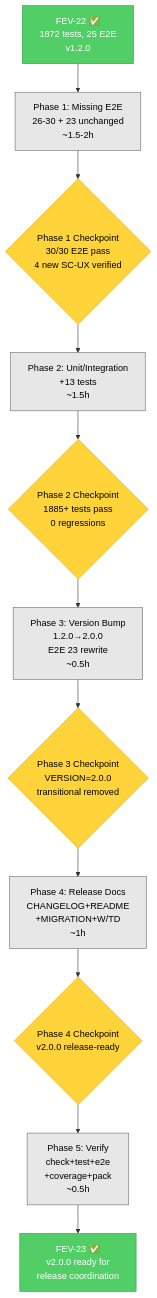
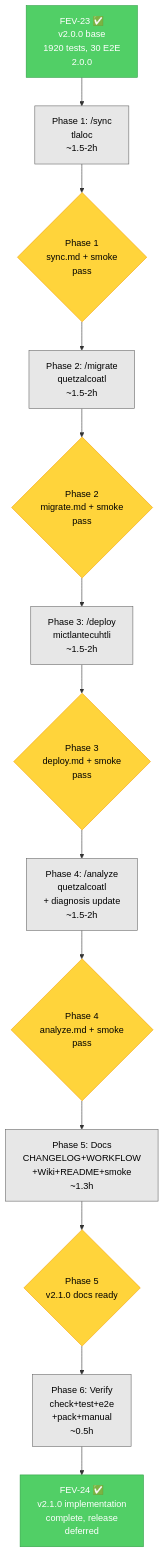
Before and after one commit to Fisherk2/codice-opencode: the third of 3 diagrams in tasks/plan.md, drawn with Mermaid. The commit also changed other lines of this file and 1 other file, not shown here.

Commit message:
docs(tasks): FEV-24 implementation plan for v2.1.0 new commands

````diff
--- a/tasks/plan.md
+++ b/tasks/plan.md
@@ -1717,18 +1697,20 @@
 ```mermaid
 graph TD
-    F22[FEV-22 ✅<br/>1872 tests, 25 E2E<br/>v1.2.0]:::done --> P1
-    P1[Phase 1: Missing E2E<br/>26-30 + 23 unchanged<br/>~1.5-2h]:::seq --> CP1
-    CP1{Phase 1 Checkpoint<br/>30/30 E2E pass<br/>4 new SC-UX verified}:::gate --> P2
-    P2[Phase 2: Unit/Integration<br/>+13 tests<br/>~1.5h]:::seq --> CP2
-    CP2{Phase 2 Checkpoint<br/>1885+ tests pass<br/>0 regressions}:::gate --> P3
-    P3[Phase 3: Version Bump<br/>1.2.0→2.0.0<br/>E2E 23 rewrite<br/>~0.5h]:::seq --> CP3
-    CP3{Phase 3 Checkpoint<br/>VERSION=2.0.0<br/>transitional removed}:::gate --> P4
-    P4[Phase 4: Release Docs<br/>CHANGELOG+README<br/>+MIGRATION+W/TD<br/>~1h]:::seq --> CP4
-    CP4{Phase 4 Checkpoint<br/>v2.0.0 release-ready}:::gate --> P5
-    P5[Phase 5: Verify<br/>check+test+e2e<br/>+coverage+pack<br/>~0.5h]:::seq --> DONE
-    DONE[FEV-23 ✅<br/>v2.0.0 ready for<br/>release coordination]:::done
+    F23[FEV-23 ✅<br/>v2.0.0 base<br/>1920 tests, 30 E2E<br/>2.0.0]:::done --> P1
+    P1[Phase 1: /sync<br/>tlaloc<br/>~1.5-2h]:::seq --> CP1
+    CP1{Phase 1<br/>sync.md + smoke<br/>pass}:::gate --> P2
+    P2[Phase 2: /migrate<br/>quetzalcoatl<br/>~1.5-2h]:::seq --> CP2
+    CP2{Phase 2<br/>migrate.md + smoke<br/>pass}:::gate --> P3
+    P3[Phase 3: /deploy<br/>mictlantecuhtli<br/>~1.5-2h]:::seq --> CP3
+    CP3{Phase 3<br/>deploy.md + smoke<br/>pass}:::gate --> P4
+    P4[Phase 4: /analyze<br/>quetzalcoatl<br/>+ diagnosis update<br/>~1.5-2h]:::seq --> CP4
+    CP4{Phase 4<br/>analyze.md + smoke<br/>pass}:::gate --> P5
+    P5[Phase 5: Docs<br/>CHANGELOG+WORKFLOW<br/>+Wiki+README+smoke<br/>~1.3h]:::seq --> CP5
+    CP5{Phase 5<br/>v2.1.0 docs ready}:::gate --> P6
+    P6[Phase 6: Verify<br/>check+test+e2e<br/>+pack+manual<br/>~0.5h]:::seq --> DONE
+    DONE[FEV-24 ✅<br/>v2.1.0 implementation<br/>complete, release<br/>deferred]:::done
 
     classDef done fill:#51cf66,stroke:#2f9e44,color:#fff
     classDef gate fill:#ffd43b,stroke:#f59f00,color:#000
     classDef seq fill:#e7e7e7,stroke:#666,color:#000
 ```
````
